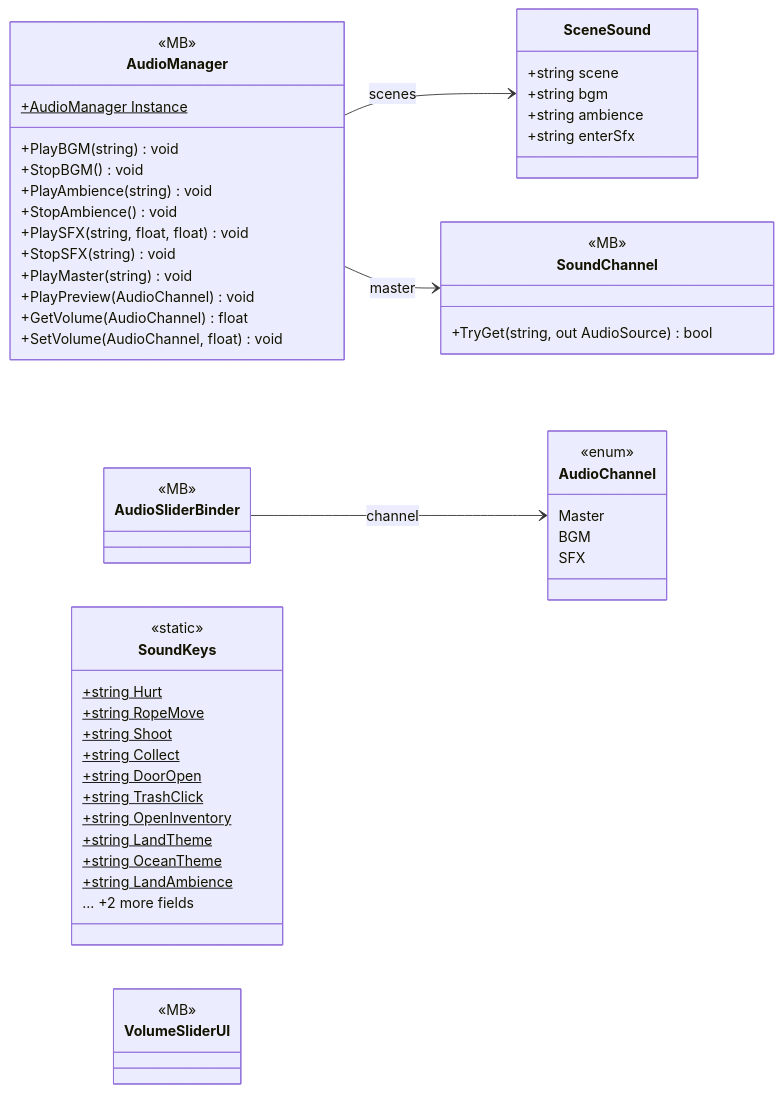
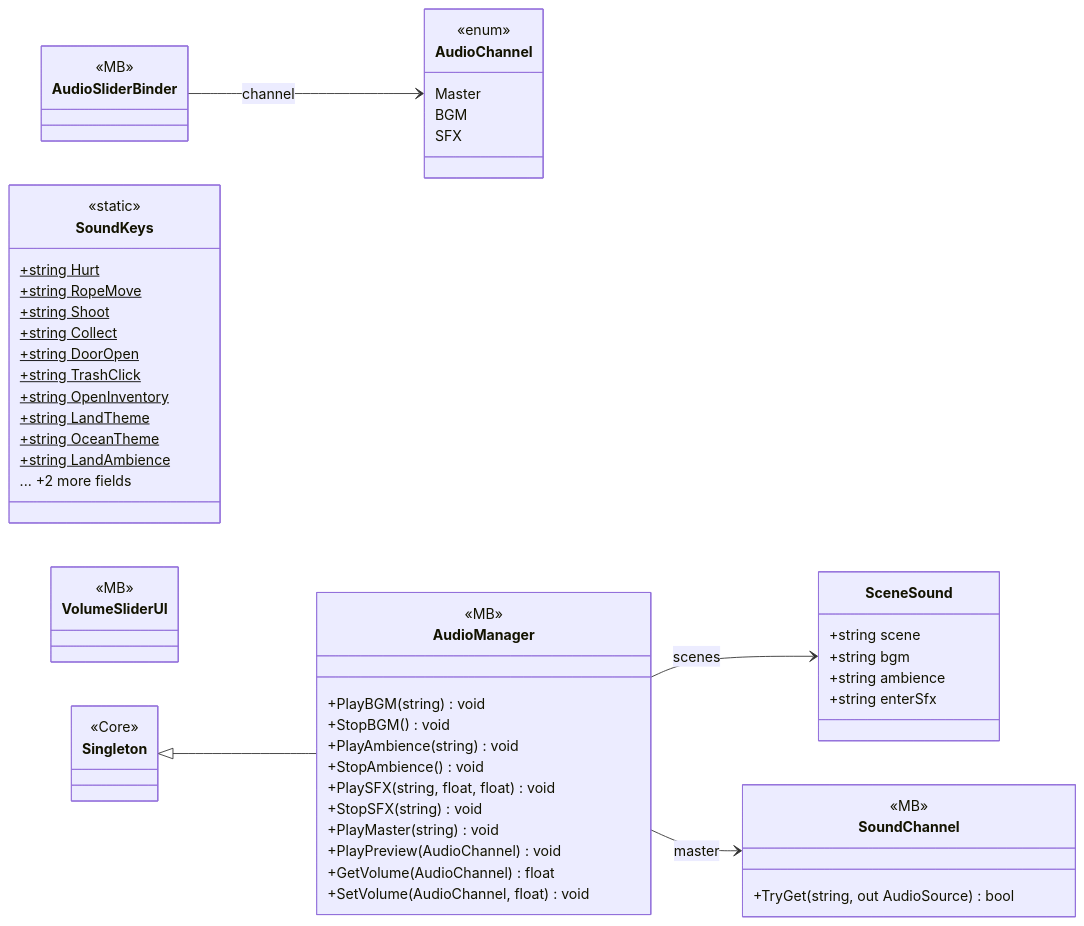
One commit to PhumipatWave/project-ocean changed the diagram in docs/uml/modules/Gameplay_AudioSetting.md. Above: the diagram before and after it, drawn with Mermaid. The commit also changed other lines of this file and 71 other files, not shown here.

Commit message:
Update UML diagrams

````diff
--- a/docs/uml/modules/Gameplay_AudioSetting.md
+++ b/docs/uml/modules/Gameplay_AudioSetting.md
@@ -7,57 +7,60 @@
 ```mermaid
 classDiagram
   direction LR
   class AudioChannel {
     <<enum>>
     Master
     BGM
     SFX
   }
   class SceneSound {
     +string scene
     +string bgm
     +string ambience
     +string enterSfx
   }
   class AudioManager {
     <<MB>>
-    +AudioManager Instance$
     +PlayBGM(string) void
     +StopBGM() void
     +PlayAmbience(string) void
     +StopAmbience() void
     +PlaySFX(string, float, float) void
     +StopSFX(string) void
     +PlayMaster(string) void
     +PlayPreview(AudioChannel) void
     +GetVolume(AudioChannel) float
     +SetVolume(AudioChannel, float) void
   }
   class AudioSliderBinder {
     <<MB>>
   }
   class SoundChannel {
     <<MB>>
     +TryGet(string, out AudioSource) bool
   }
   class SoundKeys {
     <<static>>
     +string Hurt$
     +string RopeMove$
     +string Shoot$
     +string Collect$
     +string DoorOpen$
     +string TrashClick$
     +string OpenInventory$
     +string LandTheme$
     +string OceanTheme$
     +string LandAmbience$
     ... +2 more fields
   }
   class VolumeSliderUI {
     <<MB>>
   }
+  class Singleton {
+    <<Core>>
+  }
   AudioManager --> SceneSound : scenes
   AudioManager --> SoundChannel : master
   AudioSliderBinder --> AudioChannel : channel
+  Singleton <|-- AudioManager
 ```
````
